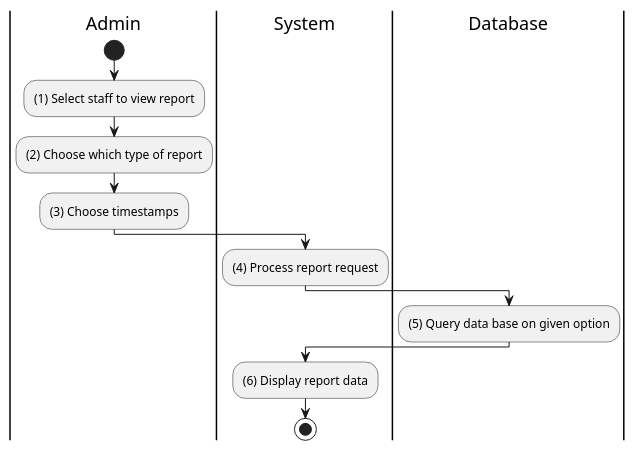
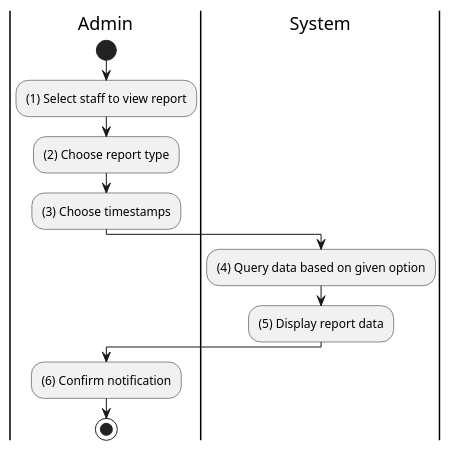
One commit to electricilies/electricilies.github.io changed the diagram in docs/software-docs/activity/manage-user/view-staff-report.md. Above: the diagram before and after it, drawn with PlantUML. The commit also changed 47 other files, not shown here.

````diff
--- a/docs/software-docs/activity/manage-user/view-staff-report.md
+++ b/docs/software-docs/activity/manage-user/view-staff-report.md
@@ -3,21 +3,18 @@
 ```plantuml
 @startuml
 |A|Admin
 |S|System
-|D|Database
 
 |A|
 start
 :(1) Select staff to view report;
-:(2) Choose which type of report;
+:(2) Choose report type;
 :(3) Choose timestamps;
 |S|
-:(4) Process report request;
-|D|
-:(5) Query data base on given option;
-|S|
-:(6) Display report data;
+:(4) Query data based on given option;
+:(5) Display report data;
+|A|
+:(6) Confirm notification;
 stop
-
 @enduml
 ```
````
